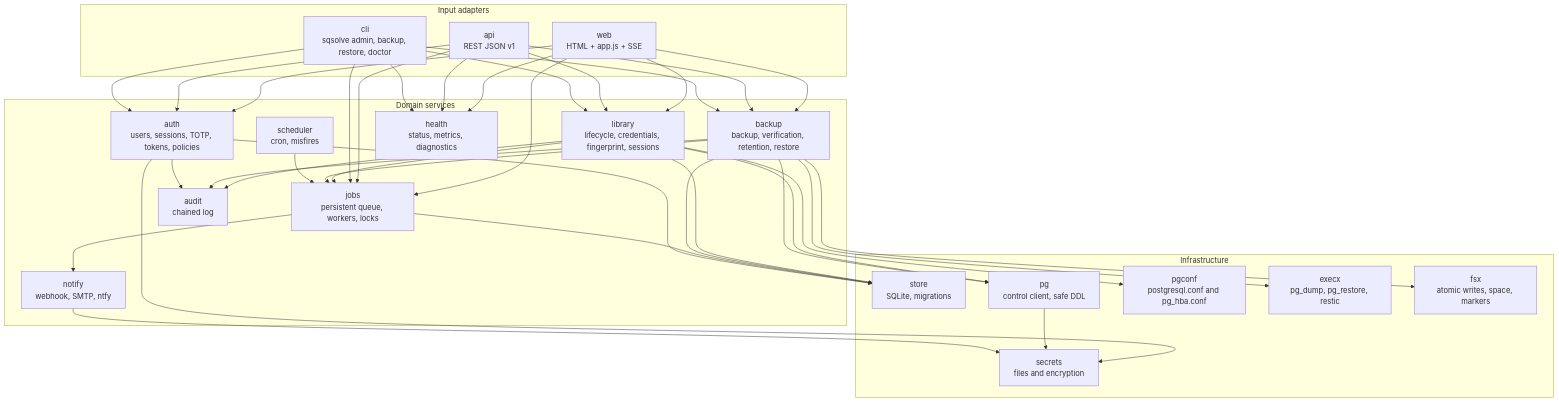
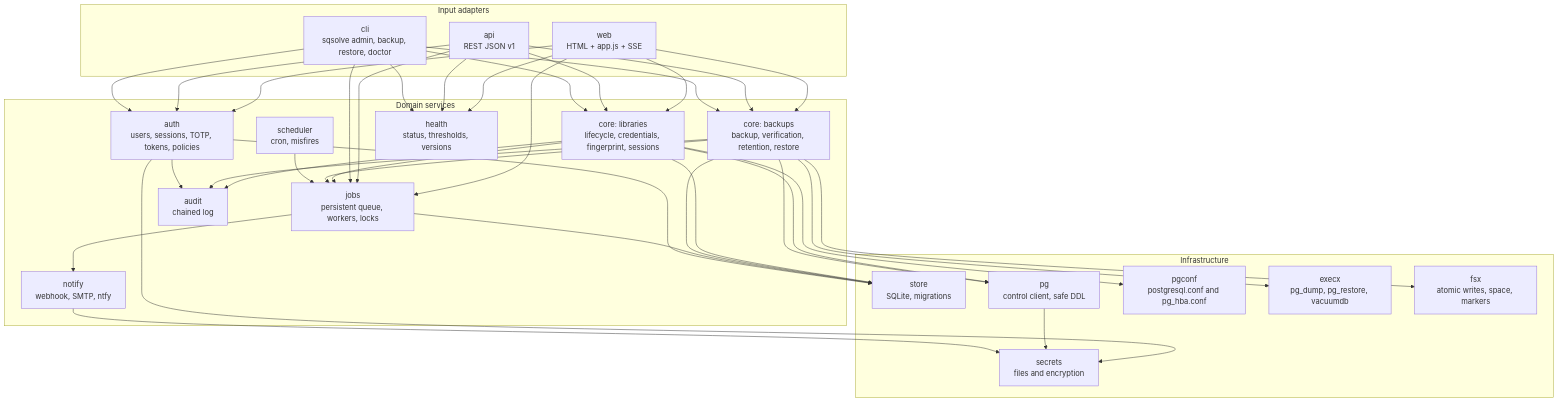
Before and after one commit to donutinit/sqsolve: the third of 5 diagrams in docs/05-architecture.md, drawn with Mermaid. The commit also changed other lines of this file and 53 other files, not shown here.

````diff
--- a/docs/05-architecture.md
+++ b/docs/05-architecture.md
@@ -85,35 +87,35 @@
 ```mermaid
 flowchart TB
   subgraph adapters["Input adapters"]
     WEB["web<br/>HTML + app.js + SSE"]
     API["api<br/>REST JSON v1"]
     CLI["cli<br/>sqsolve admin, backup, restore, doctor"]
   end
   subgraph core["Domain services"]
     AUTH["auth<br/>users, sessions, TOTP, tokens, policies"]
-    LIB["library<br/>lifecycle, credentials, fingerprint, sessions"]
-    BKP["backup<br/>backup, verification, retention, restore"]
+    LIB["core: libraries<br/>lifecycle, credentials, fingerprint, sessions"]
+    BKP["core: backups<br/>backup, verification, retention, restore"]
     JOB["jobs<br/>persistent queue, workers, locks"]
     SCH["scheduler<br/>cron, misfires"]
     NOT["notify<br/>webhook, SMTP, ntfy"]
     AUD["audit<br/>chained log"]
-    HLT["health<br/>status, metrics, diagnostics"]
+    HLT["health<br/>status, thresholds, versions"]
   end
   subgraph infra["Infrastructure"]
     STORE["store<br/>SQLite, migrations"]
     PGC["pg<br/>control client, safe DDL"]
     PGCONF["pgconf<br/>postgresql.conf and pg_hba.conf"]
-    EXEC["execx<br/>pg_dump, pg_restore, restic"]
+    EXEC["execx<br/>pg_dump, pg_restore, vacuumdb"]
     FSX["fsx<br/>atomic writes, space, markers"]
     SEC["secrets<br/>files and encryption"]
   end
   WEB & API & CLI --> AUTH
   WEB & API & CLI --> LIB & BKP & JOB & HLT
   LIB --> PGC & PGCONF & STORE & AUD & JOB
   BKP --> EXEC & FSX & PGC & STORE & AUD & JOB
   SCH --> JOB
   JOB --> STORE & NOT
   AUTH --> STORE & SEC & AUD
   PGC --> SEC
   NOT --> SEC
 ```
````
